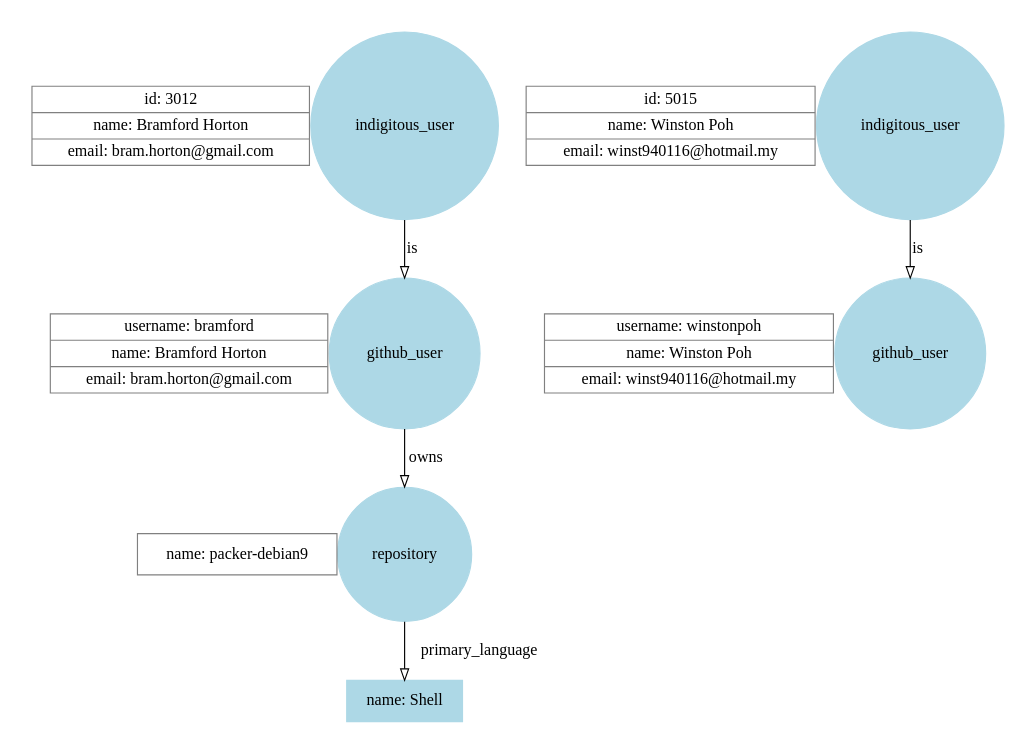
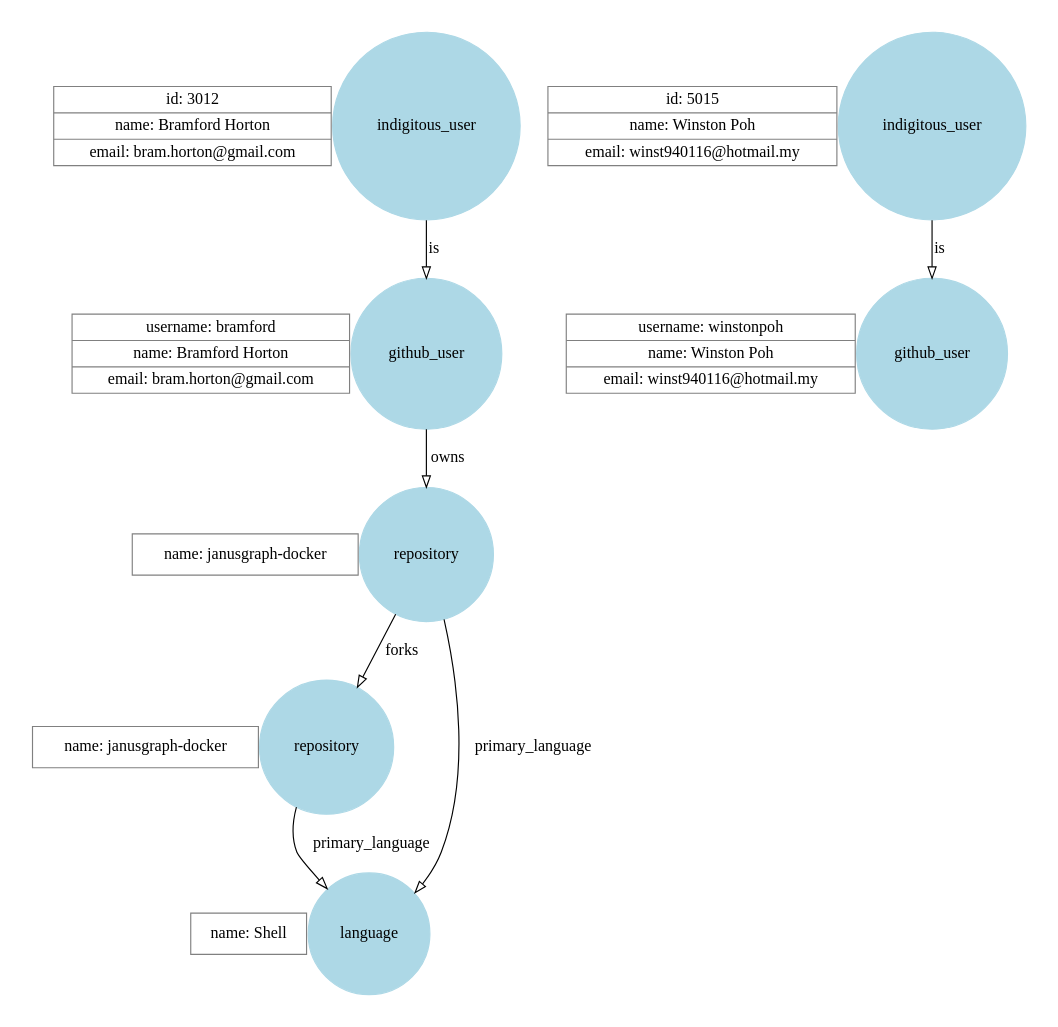
One commit to indigitous-akl/hack-2019-project changed the diagram in schema.dot. Above: the diagram before and after it, drawn with Graphviz. The commit also changed 1 other file, not shown here.

Commit message:
Add repo forks

```diff
--- a/schema.dot
+++ b/schema.dot
@@ -1,56 +1,63 @@
 
 graph G {
 
     node [
         shape=circle
         color=grey
         fontsize=14
     ]
 
     graph [
         style=invis
         nodesep=0
     ]
 
     subgraph cluster_1000 {
         indigitous_user_bramford_horton [label="indigitous_user" style=filled color=lightblue]
         indigitous_user_bramford_horton_properties [shape=record label="{id: 3012|name: Bramford Horton|email: bram.horton@gmail.com}"]
     }
 
     subgraph cluster_1001 {
         indigitous_user_winston_poh [label="indigitous_user" style=filled color=lightblue]
         indigitous_user_winston_poh_properties [shape=record label="{id: 5015|name: Winston Poh|email: winst940116@hotmail.my}"]
     }
 
     subgraph cluster_2000 {
         github_user_bramford [label="github_user" style=filled color=lightblue]
         github_user_bramford_properties [shape=record label="{username: bramford|name: Bramford Horton|email: bram.horton@gmail.com}"]
     }
 
     subgraph cluster_2001 {
         github_user_winstonpoh [label="github_user" style=filled color=lightblue]
         github_user_winstonpoh_properties [shape=record label="{username: winstonpoh|name: Winston Poh|email: winst940116@hotmail.my}"]
     }
 
     subgraph cluster_3001 {
-        repository_bramford_packerdebian9 [label="repository" style=filled color=lightblue]
-        repository_bramford_packerdebian9_properties [shape=record label="{name: packer-debian9}"]
+        repository_bramford_JanusGraph [label="repository" style=filled color=lightblue]
+        repository_bramford_JanusGraph_properties [shape=record label="{name: janusgraph-docker}"]
+    }
+
+    subgraph cluster_3002 {
+        repository_JanusGraph_JanusGraph [label="repository" style=filled color=lightblue]
+        repository_JanusGraph_JanusGraph_properties [shape=record label="{name: janusgraph-docker}"]
     }
 
     subgraph cluster_4001 {
         language_shell [label="language" style=filled color=lightblue]
-        language_shell [shape=record label="{name: Shell}"]
+        language_shell_properties [shape=record label="{name: Shell}"]
     }
 
     {
         edge [
             fontsize=14
             dir=forward
         ]
 
         indigitous_user_bramford_horton -- github_user_bramford [label="is" arrowhead=empty]
         indigitous_user_winston_poh -- github_user_winstonpoh [label="is" arrowhead=empty]
-        github_user_bramford -- repository_bramford_packerdebian9 [label="owns" arrowhead=empty]
-        repository_bramford_packerdebian9 -- language_shell [label="primary_language" arrowhead=empty]
+        github_user_bramford -- repository_bramford_JanusGraph [label="owns" arrowhead=empty]
+        repository_bramford_JanusGraph -- language_shell [label="primary_language" arrowhead=empty]
+        repository_bramford_JanusGraph -- repository_JanusGraph_JanusGraph [label="forks" arrowhead=empty]
+        repository_JanusGraph_JanusGraph -- language_shell [label="primary_language" arrowhead=empty]
     }
 }
```
